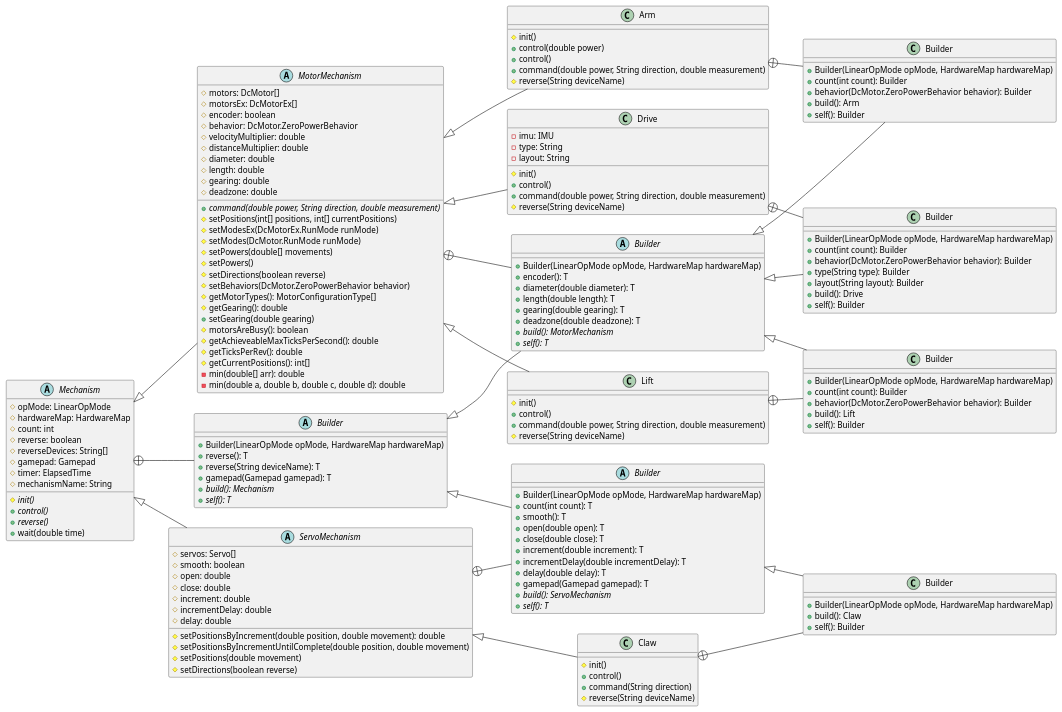
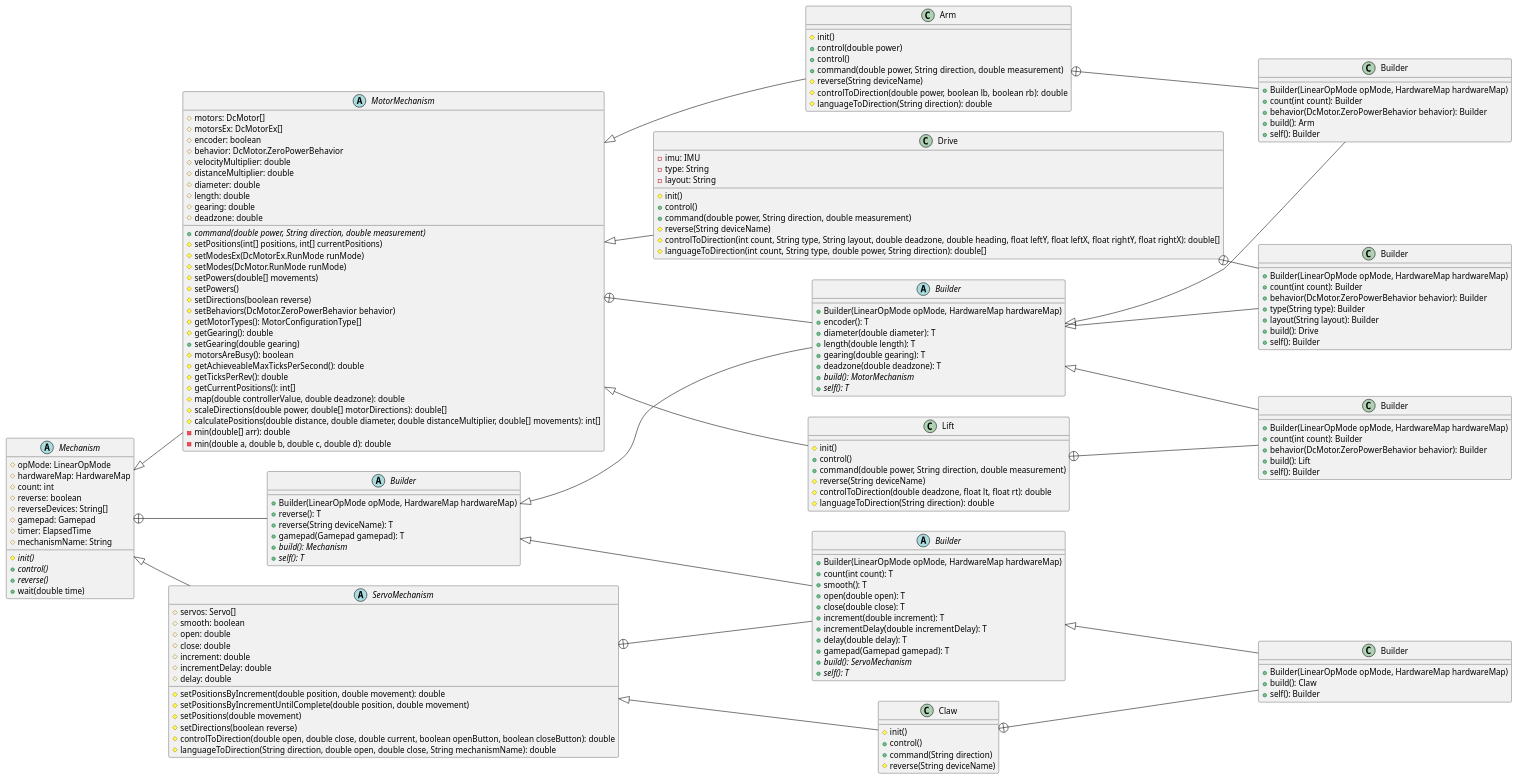
Before and after one commit to Collegiate-Edu-Nation/easy-ftc: the diagram in docs/uml/src/mechanism.puml, drawn with PlantUML. The commit also changed 3 other files, not shown here.

Commit message:
uml: rm utils

```diff
--- a/docs/uml/src/mechanism.puml
+++ b/docs/uml/src/mechanism.puml
@@ -1,187 +1,198 @@
 @startuml
 
 left to right direction
 
 abstract class Mechanism {
     # opMode: LinearOpMode
     # hardwareMap: HardwareMap
     # count: int
     # reverse: boolean
     # reverseDevices: String[]
     # gamepad: Gamepad
     # timer: ElapsedTime
     # mechanismName: String
     {abstract}# init()
     {abstract}+ control()
     {abstract}+ reverse()
     + wait(double time)
 }
 
 abstract class "Builder" as Mechanism_Builder {
     + Builder(LinearOpMode opMode, HardwareMap hardwareMap)
     + reverse(): T
     + reverse(String deviceName): T
     + gamepad(Gamepad gamepad): T
     {abstract}+ build(): Mechanism
     {abstract}+ self(): T
 }
 
 abstract class MotorMechanism {
     # motors: DcMotor[] 
     # motorsEx: DcMotorEx[] 
     # encoder: boolean
     # behavior: DcMotor.ZeroPowerBehavior
     # velocityMultiplier: double
     # distanceMultiplier: double
     # diameter: double
     # length: double
     # gearing: double
     # deadzone: double
     {abstract}+ command(double power, String direction, double measurement)
     # setPositions(int[] positions, int[] currentPositions)
     # setModesEx(DcMotorEx.RunMode runMode)
     # setModes(DcMotor.RunMode runMode)
     # setPowers(double[] movements)
     # setPowers()
     # setDirections(boolean reverse)
     # setBehaviors(DcMotor.ZeroPowerBehavior behavior)
     # getMotorTypes(): MotorConfigurationType[]
     # getGearing(): double
     + setGearing(double gearing)
     # motorsAreBusy(): boolean
     # getAchieveableMaxTicksPerSecond(): double
     # getTicksPerRev(): double
     # getCurrentPositions(): int[]
+    # map(double controllerValue, double deadzone): double
+    # scaleDirections(double power, double[] motorDirections): double[]
+    # calculatePositions(double distance, double diameter, double distanceMultiplier, double[] movements): int[]
     - min(double[] arr): double
     - min(double a, double b, double c, double d): double
 }
 
 abstract class ServoMechanism {
     # servos: Servo[]
     # smooth: boolean
     # open: double
     # close: double
     # increment: double
     # incrementDelay: double
     # delay: double
     # setPositionsByIncrement(double position, double movement): double
     # setPositionsByIncrementUntilComplete(double position, double movement)
     # setPositions(double movement)
     # setDirections(boolean reverse)
+    # controlToDirection(double open, double close, double current, boolean openButton, boolean closeButton): double
+    # languageToDirection(String direction, double open, double close, String mechanismName): double
 }
 
 abstract class "Builder" as MotorMechanism_Builder {
     + Builder(LinearOpMode opMode, HardwareMap hardwareMap)
     + encoder(): T
     + diameter(double diameter): T
     + length(double length): T
     + gearing(double gearing): T
     + deadzone(double deadzone): T
     {abstract}+ build(): MotorMechanism
     {abstract}+ self(): T
 }
 
 abstract class "Builder" as ServoMechanism_Builder {
     + Builder(LinearOpMode opMode, HardwareMap hardwareMap)
     + count(int count): T
     + smooth(): T
     + open(double open): T
     + close(double close): T
     + increment(double increment): T
     + incrementDelay(double incrementDelay): T
     + delay(double delay): T
     + gamepad(Gamepad gamepad): T
     {abstract}+ build(): ServoMechanism
     {abstract}+ self(): T
 }
 
 class Arm {
     # init()
     + control(double power)
     + control()
     + command(double power, String direction, double measurement)
     # reverse(String deviceName)
+    # controlToDirection(double power, boolean lb, boolean rb): double
+    # languageToDirection(String direction): double
 }
 
 class Claw {
     # init()
     + control()
     + command(String direction)
     # reverse(String deviceName)
 }
 
 class Drive {
     - imu: IMU
     - type: String
     - layout: String
     # init()
     + control()
     + command(double power, String direction, double measurement)
     # reverse(String deviceName)
+    # controlToDirection(int count, String type, String layout, double deadzone, double heading, float leftY, float leftX, float rightY, float rightX): double[]
+    # languageToDirection(int count, String type, double power, String direction): double[]
 }
 
 class Lift {
     # init()
     + control()
     + command(double power, String direction, double measurement)
     # reverse(String deviceName)
+    # controlToDirection(double deadzone, float lt, float rt): double
+    # languageToDirection(String direction): double
 }
 
 class "Builder" as Arm_Builder {
     + Builder(LinearOpMode opMode, HardwareMap hardwareMap)
     + count(int count): Builder
     + behavior(DcMotor.ZeroPowerBehavior behavior): Builder
     + build(): Arm
     + self(): Builder
 }
 
 class "Builder" as Claw_Builder {
     + Builder(LinearOpMode opMode, HardwareMap hardwareMap)
     + build(): Claw
     + self(): Builder
 }
 
 class "Builder" as Drive_Builder {
     + Builder(LinearOpMode opMode, HardwareMap hardwareMap)
     + count(int count): Builder
     + behavior(DcMotor.ZeroPowerBehavior behavior): Builder
     + type(String type): Builder
     + layout(String layout): Builder
     + build(): Drive
     + self(): Builder
 }
 
 class "Builder" as Lift_Builder {
     + Builder(LinearOpMode opMode, HardwareMap hardwareMap)
     + count(int count): Builder
     + behavior(DcMotor.ZeroPowerBehavior behavior): Builder
     + build(): Lift
     + self(): Builder
 }
 
 Mechanism <|-- MotorMechanism
 Mechanism <|-- ServoMechanism
 
 MotorMechanism <|-- Arm
 ServoMechanism <|-- Claw
 MotorMechanism <|-- Drive
 MotorMechanism <|-- Lift
 
 Mechanism_Builder <|-- MotorMechanism_Builder
 Mechanism_Builder <|-- ServoMechanism_Builder
 
 MotorMechanism_Builder <|-- Arm_Builder
 ServoMechanism_Builder <|-- Claw_Builder
 MotorMechanism_Builder <|-- Drive_Builder
 MotorMechanism_Builder <|-- Lift_Builder
 
 Mechanism +-- Mechanism_Builder
 MotorMechanism +-- MotorMechanism_Builder
 ServoMechanism +-- ServoMechanism_Builder
 
 Arm +-- Arm_Builder
 Claw +-- Claw_Builder
 Drive +-- Drive_Builder
 Lift +-- Lift_Builder
 
 @enduml
```
